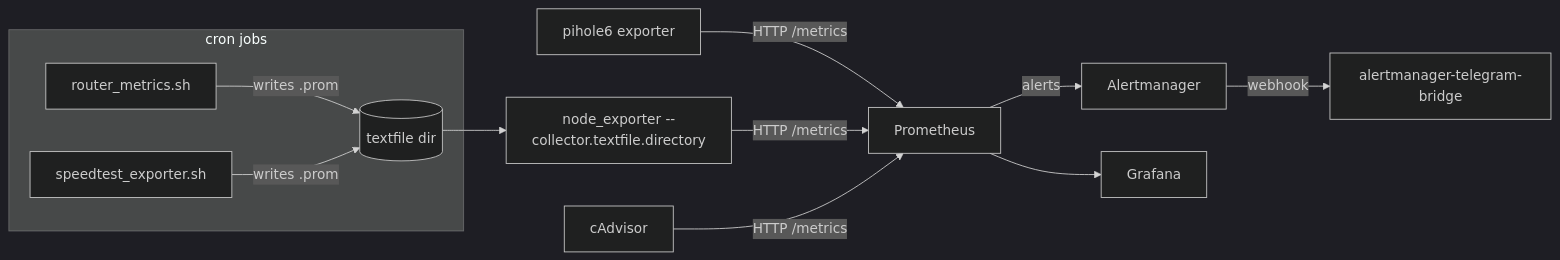
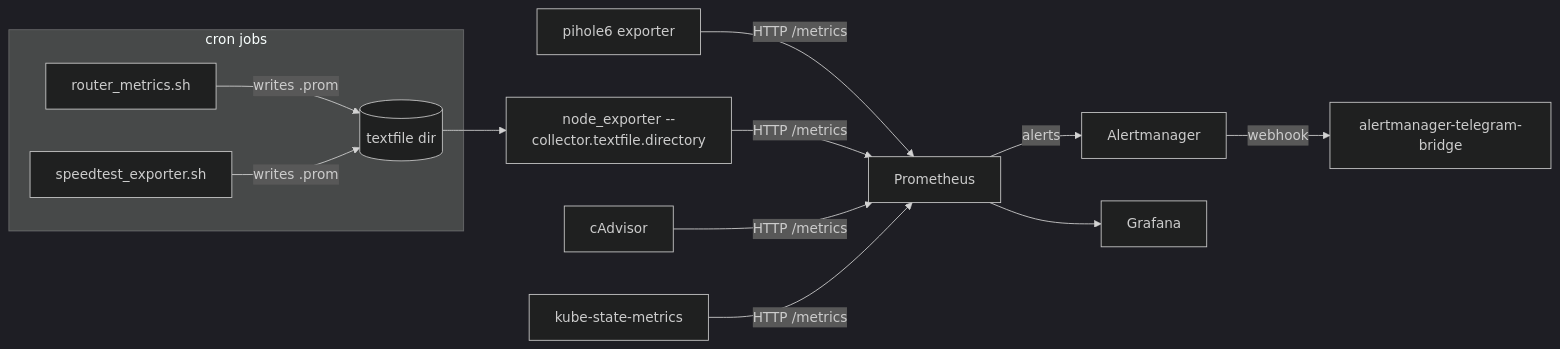
One commit to bibigon14/homelab-observability changed the diagram in README.md. Above: the diagram before and after it, drawn with Mermaid (dark theme). The commit also changed other lines of this file and 1 other file, not shown here.

````diff
--- a/README.md
+++ b/README.md
@@ -54,14 +59,15 @@
 ```mermaid
 flowchart LR
     subgraph cron jobs
         R[router_metrics.sh] -->|writes .prom| TF[(textfile dir)]
         S[speedtest_exporter.sh] -->|writes .prom| TF
     end
     TF --> NE[node_exporter --collector.textfile.directory]
     PH[pihole6 exporter] -->|HTTP /metrics| Prom[Prometheus]
     NE -->|HTTP /metrics| Prom
     CA[cAdvisor] -->|HTTP /metrics| Prom
+    KSM[kube-state-metrics] -->|HTTP /metrics| Prom
     Prom -->|alerts| AM[Alertmanager]
     AM -->|webhook| Bridge[alertmanager-telegram-bridge]
     Prom --> Graf[Grafana]
 ```
````
